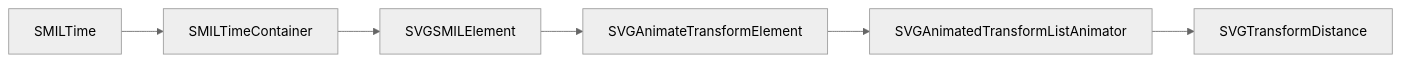
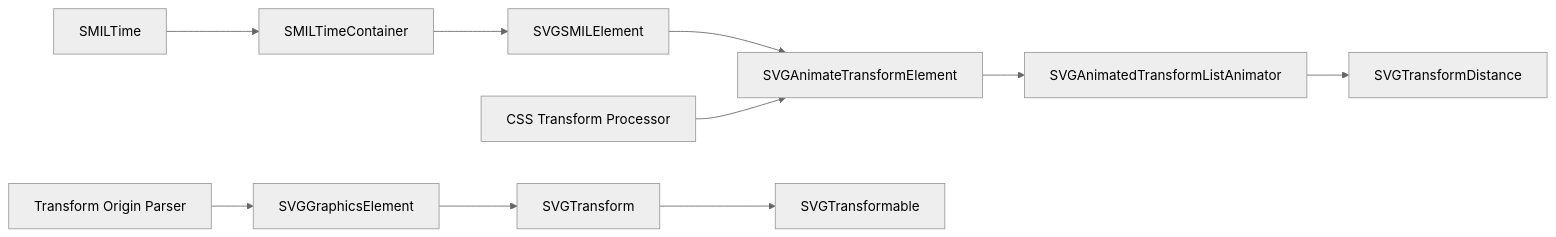
One commit to denisnadey/flutter_full_svg_support changed the eighth of 8 diagrams in .qoder/repowiki/en/content/Smil Transforms.md. Above: the diagram before and after it, drawn with Mermaid (neutral theme). The commit also changed other lines of this file and 31 other files, not shown here.

````diff
--- a/.qoder/repowiki/en/content/Smil Transforms.md
+++ b/.qoder/repowiki/en/content/Smil Transforms.md
@@ -288,8 +385,12 @@
 ```mermaid
 graph LR
 SMILTime["SMILTime"] --> SMILTimeContainer["SMILTimeContainer"]
 SMILTimeContainer --> SVGSMILElement["SVGSMILElement"]
 SVGSMILElement --> SVGAnimateTransformElement["SVGAnimateTransformElement"]
 SVGAnimateTransformElement --> SVGAnimatedTransformList["SVGAnimatedTransformListAnimator"]
 SVGAnimatedTransformList --> SVGTransformDistance["SVGTransformDistance"]
+CSSProcessor["CSS Transform Processor"] --> SVGAnimateTransformElement
+TransformOrigin["Transform Origin Parser"] --> SVGGraphicsElement["SVGGraphicsElement"]
+SVGGraphicsElement --> SVGTransform["SVGTransform"]
+SVGTransform --> SVGTransformable["SVGTransformable"]
 ```
````
